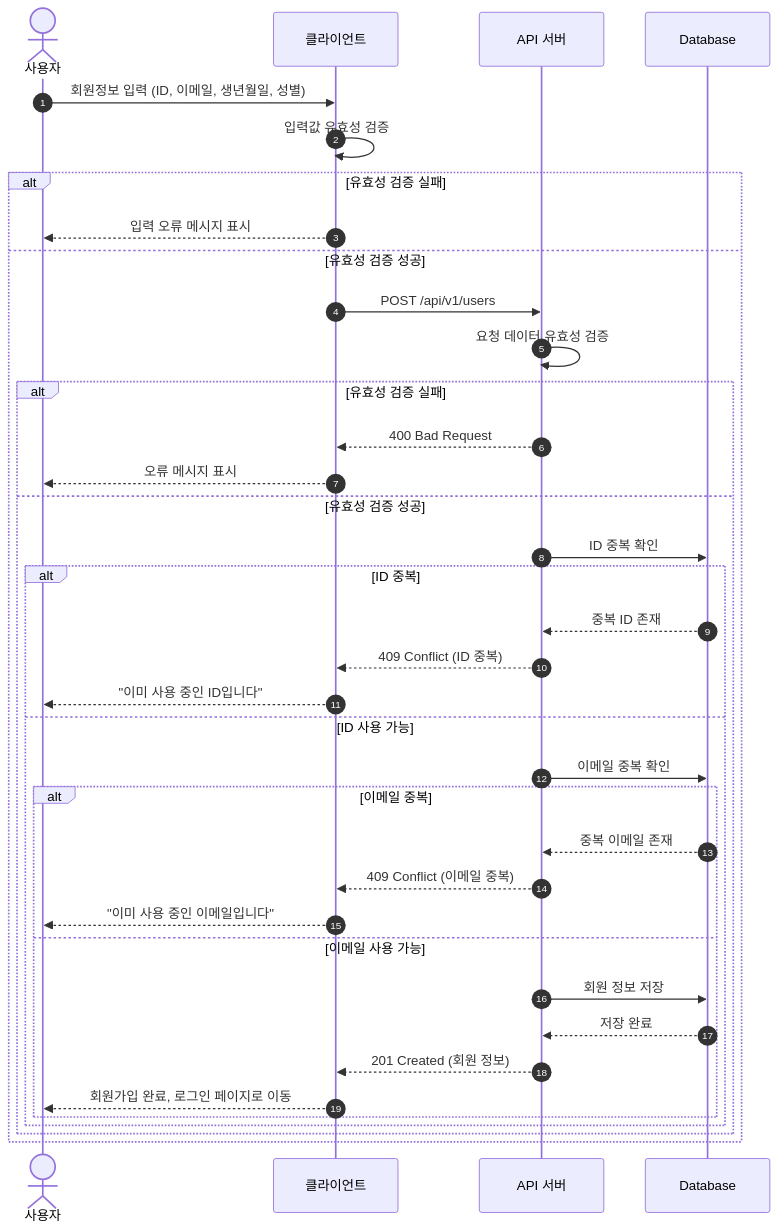
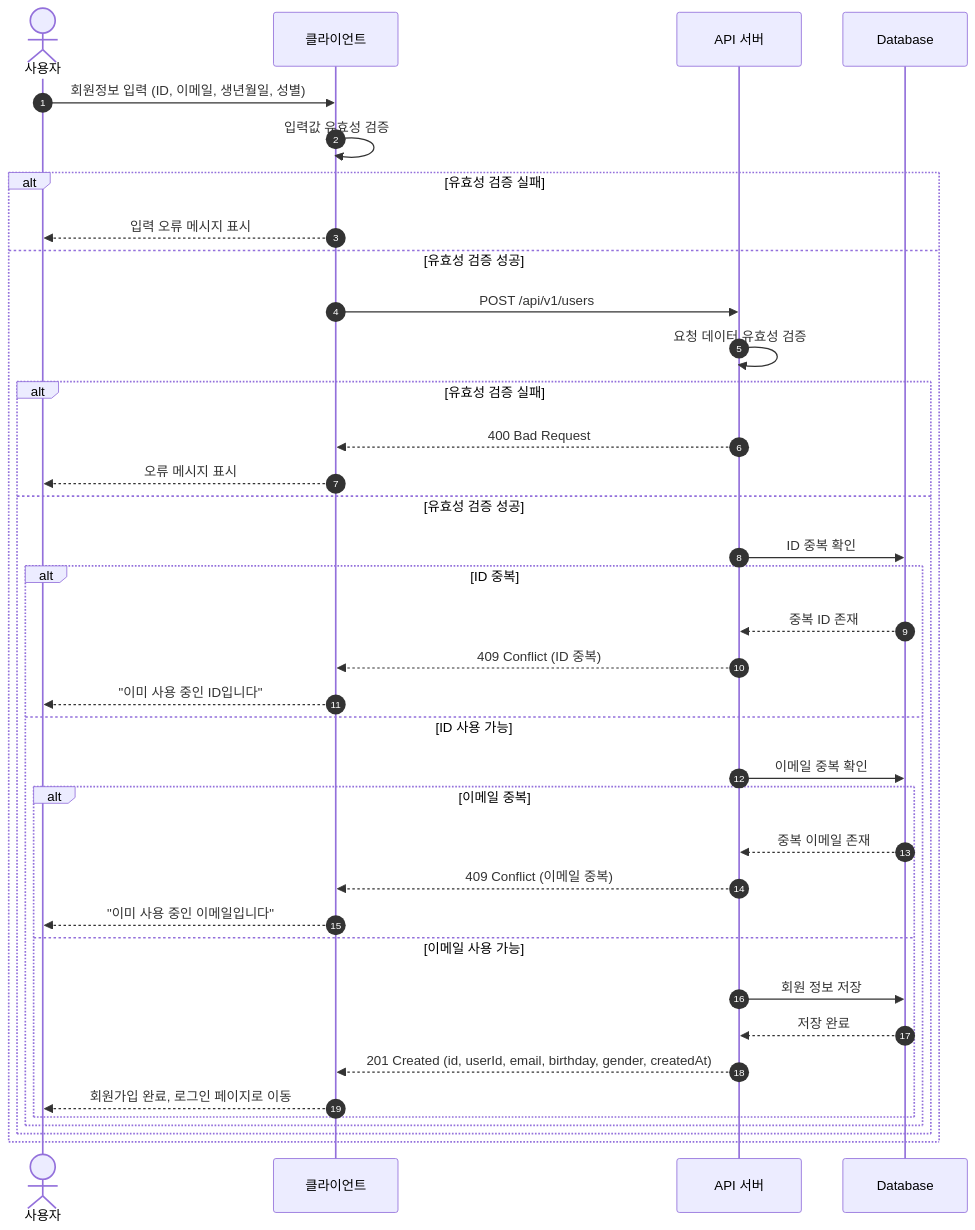
The first of 13 diagrams in docs/02-sequence-diagrams.md (yht0827/my-commerce), drawn with Mermaid before and after one commit. The commit also changed other lines of this file and 25 other files, not shown here.

````diff
--- a/docs/02-sequence-diagrams.md
+++ b/docs/02-sequence-diagrams.md
@@ -22,44 +22,44 @@
 ```mermaid
 sequenceDiagram
     autonumber
     actor User as 사용자
     participant Client as 클라이언트
     participant Server as API 서버
     participant DB as Database
 
     User->>Client: 회원정보 입력 (ID, 이메일, 생년월일, 성별)
     Client->>Client: 입력값 유효성 검증
 
     alt 유효성 검증 실패
         Client-->>User: 입력 오류 메시지 표시
     else 유효성 검증 성공
         Client->>Server: POST /api/v1/users
         Server->>Server: 요청 데이터 유효성 검증
 
         alt 유효성 검증 실패
             Server-->>Client: 400 Bad Request
             Client-->>User: 오류 메시지 표시
         else 유효성 검증 성공
             Server->>DB: ID 중복 확인
 
             alt ID 중복
                 DB-->>Server: 중복 ID 존재
                 Server-->>Client: 409 Conflict (ID 중복)
                 Client-->>User: "이미 사용 중인 ID입니다"
             else ID 사용 가능
                 Server->>DB: 이메일 중복 확인
 
                 alt 이메일 중복
                     DB-->>Server: 중복 이메일 존재
                     Server-->>Client: 409 Conflict (이메일 중복)
                     Client-->>User: "이미 사용 중인 이메일입니다"
                 else 이메일 사용 가능
                     Server->>DB: 회원 정보 저장
                     DB-->>Server: 저장 완료
-                    Server-->>Client: 201 Created (회원 정보)
+                    Server-->>Client: 201 Created (id, userId, email, birthday, gender, createdAt)
                     Client-->>User: 회원가입 완료, 로그인 페이지로 이동
                 end
             end
         end
     end
 ```
````
